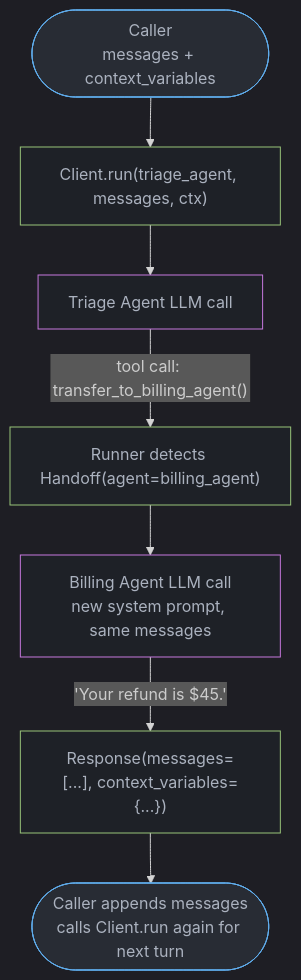
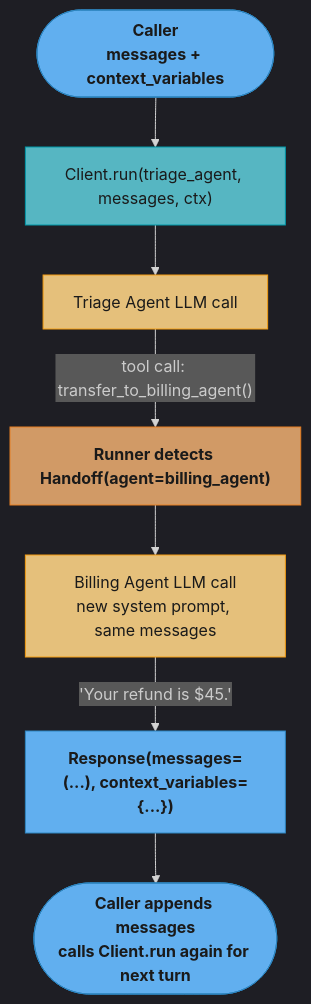
One commit to rppol/system-design changed the first of 2 diagrams in src/main/java/com/rutik/systemdesign/llm/multi_agent_systems/openai_swarm_and_handoffs.md. Above: the diagram before and after it, drawn with Mermaid. The commit also changed other lines of this file and 88 other files, not shown here.

````diff
--- a/src/main/java/com/rutik/systemdesign/llm/multi_agent_systems/openai_swarm_and_handoffs.md
+++ b/src/main/java/com/rutik/systemdesign/llm/multi_agent_systems/openai_swarm_and_handoffs.md
@@ -114,18 +114,23 @@
 ```mermaid
 %%{init: {'flowchart': {'curve': 'basis'}, 'theme': 'dark'}}%%
 flowchart TD
+    classDef io      fill:#61afef,stroke:#2e86c1,color:#1a1a1a,font-weight:bold
+    classDef frozen  fill:#c678dd,stroke:#9b59b6,color:#fff
+    classDef train   fill:#98c379,stroke:#27ae60,color:#1a1a1a
+    classDef mathOp  fill:#d19a66,stroke:#e67e22,color:#1a1a1a,font-weight:bold
+    classDef lossN   fill:#e06c75,stroke:#c0392b,color:#fff,font-weight:bold
+    classDef req     fill:#56b6c2,stroke:#0097a7,color:#1a1a1a
+    classDef base    fill:#e5c07b,stroke:#f39c12,color:#1a1a1a
+
     Caller(["Caller\nmessages + context_variables"]) --> RunCall["Client.run(triage_agent, messages, ctx)"]
     RunCall --> Triage["Triage Agent LLM call"]
     Triage -- "tool call: transfer_to_billing_agent()" --> Detect["Runner detects Handoff(agent=billing_agent)"]
     Detect --> Billing["Billing Agent LLM call\nnew system prompt, same messages"]
-    Billing -- "'Your refund is $45.'" --> Response["Response(messages=[...], context_variables={...})"]
+    Billing -- "'Your refund is $45.'" --> Response["Response(messages=(...), context_variables={...})"]
     Response --> Caller2(["Caller appends messages\ncalls Client.run again for next turn"])
 
-    classDef io     fill:#282c34,stroke:#61afef,color:#abb2bf
-    classDef proc   fill:#1e2127,stroke:#98c379,color:#abb2bf
-    classDef llm    fill:#1e2127,stroke:#c678dd,color:#abb2bf
-
-    class Caller,Caller2 io
-    class RunCall,Detect,Response proc
-    class Triage,Billing llm
+    class Caller,Caller2,Response io
+    class RunCall req
+    class Detect mathOp
+    class Triage,Billing base
 ```
````
